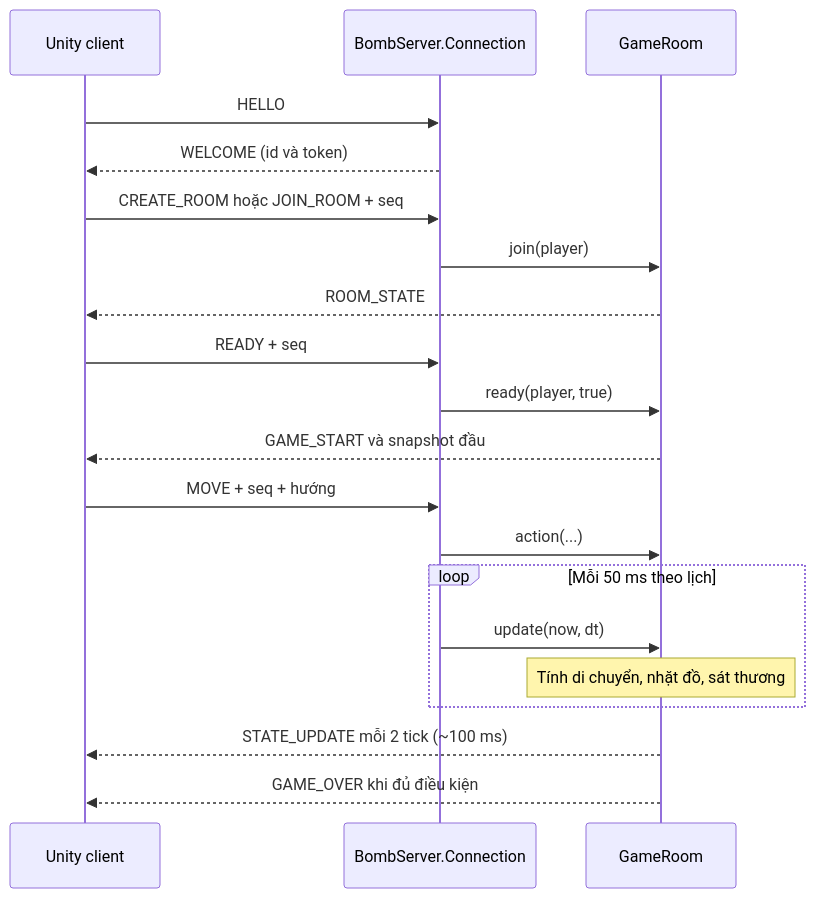
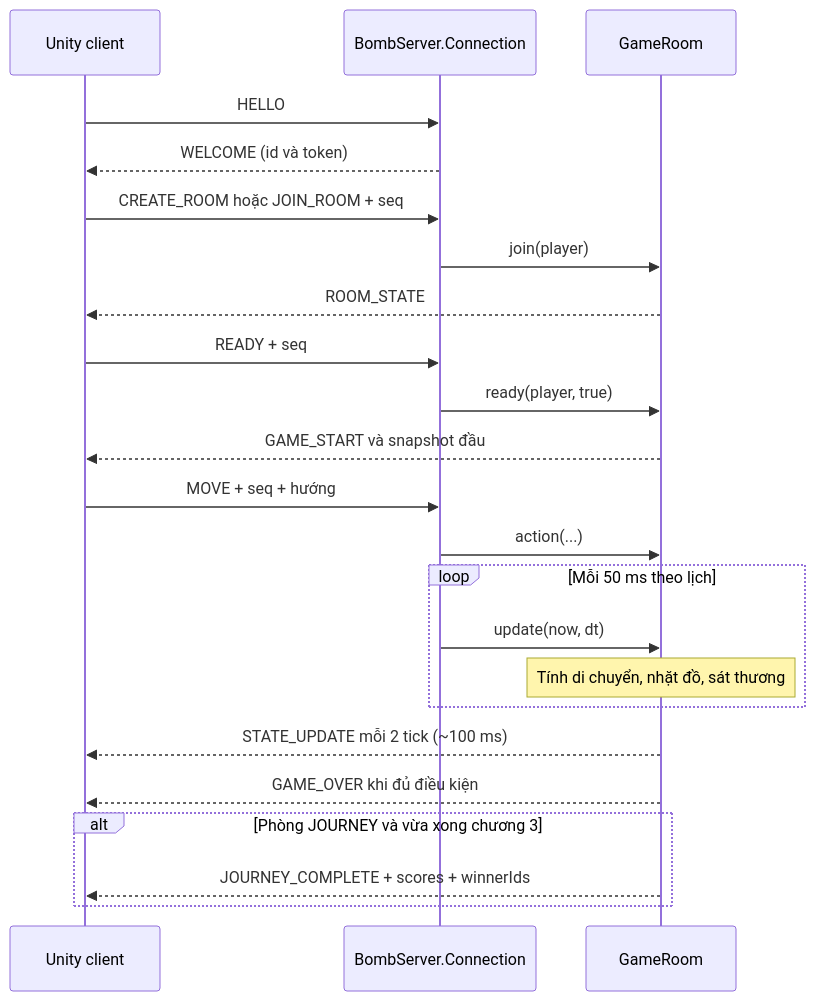
The diagram in docs/THANH_VIEN_A_HUONG_DAN.md (VyOZzz/-LTM-Bomb-Me-Baby), drawn with Mermaid before and after one commit. The commit also changed other lines of this file and 17 other files, not shown here.

````diff
--- a/docs/THANH_VIEN_A_HUONG_DAN.md
+++ b/docs/THANH_VIEN_A_HUONG_DAN.md
@@ -65,22 +66,25 @@
 ```mermaid
 sequenceDiagram
     participant U as Unity client
     participant S as BombServer.Connection
     participant R as GameRoom
     U->>S: HELLO
     S-->>U: WELCOME (id và token)
     U->>S: CREATE_ROOM hoặc JOIN_ROOM + seq
     S->>R: join(player)
     R-->>U: ROOM_STATE
     U->>S: READY + seq
     S->>R: ready(player, true)
     R-->>U: GAME_START và snapshot đầu
     U->>S: MOVE + seq + hướng
     S->>R: action(...)
     loop Mỗi 50 ms theo lịch
         S->>R: update(now, dt)
         Note over R: Tính di chuyển, nhặt đồ, sát thương
     end
     R-->>U: STATE_UPDATE mỗi 2 tick (~100 ms)
     R-->>U: GAME_OVER khi đủ điều kiện
+    alt Phòng JOURNEY và vừa xong chương 3
+        R-->>U: JOURNEY_COMPLETE + scores + winnerIds
+    end
 ```
````
